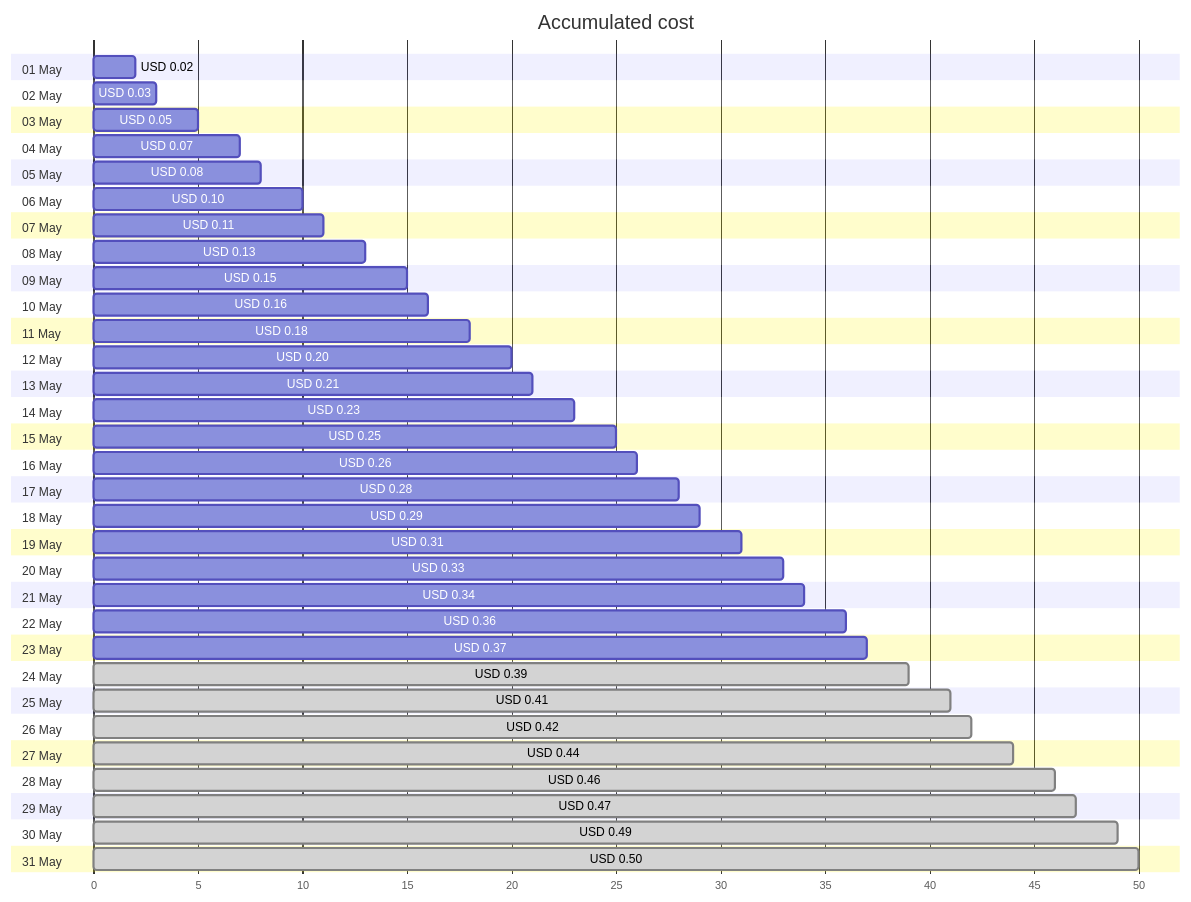
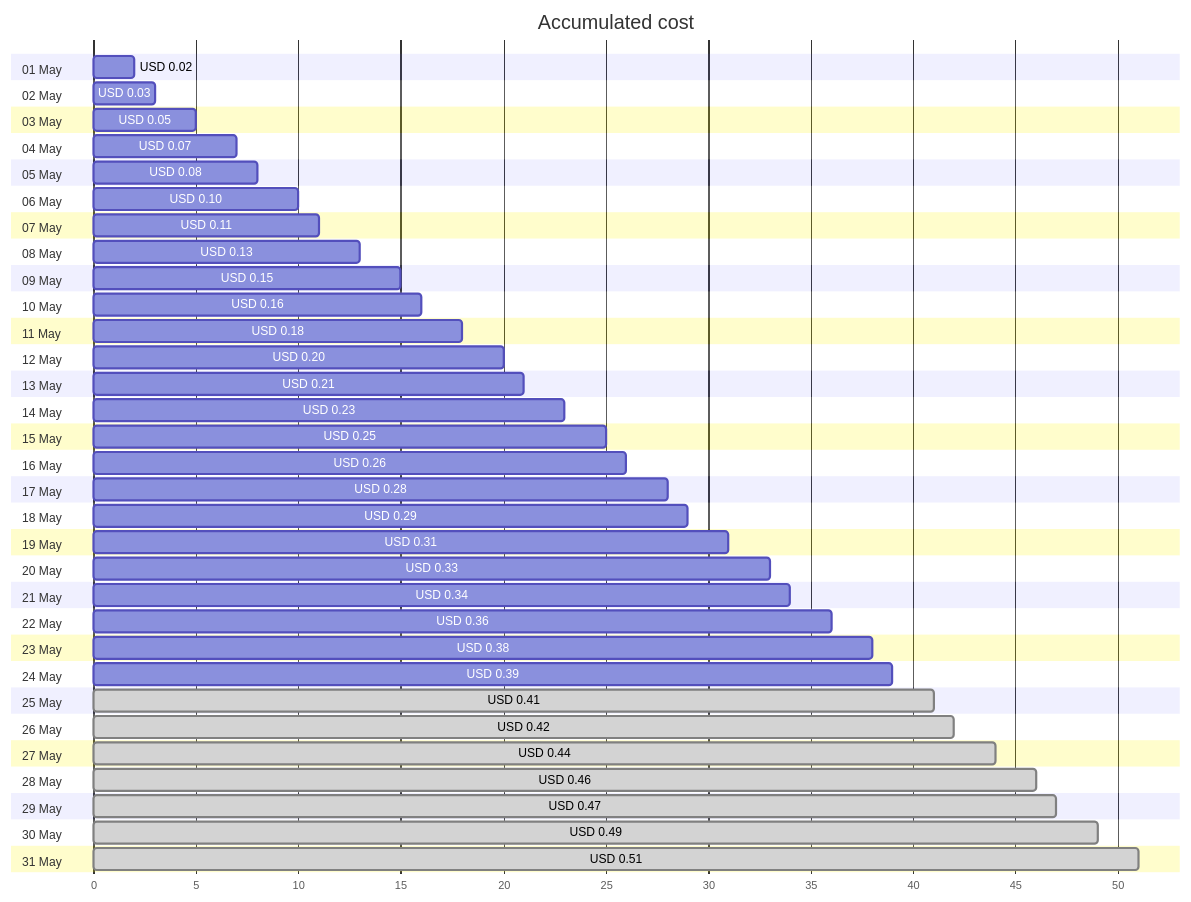
The first of 4 diagrams in cost-reports/personal-dns/jpatrickfulton.com.md (jpfulton/azure-personal-reports), drawn with Mermaid before and after one commit. The commit also changed other lines of this file and 2 other files, not shown here.

````diff
--- a/cost-reports/personal-dns/jpatrickfulton.com.md
+++ b/cost-reports/personal-dns/jpatrickfulton.com.md
@@ -20,68 +20,68 @@
 ```mermaid
 gantt
    title Accumulated cost
    dateFormat  X
    axisFormat %s
    section 01 May
    USD 0.02 :0, 2
    section 02 May
    USD 0.03 :0, 3
    section 03 May
    USD 0.05 :0, 5
    section 04 May
    USD 0.07 :0, 7
    section 05 May
    USD 0.08 :0, 8
    section 06 May
    USD 0.10 :0, 10
    section 07 May
    USD 0.11 :0, 11
    section 08 May
    USD 0.13 :0, 13
    section 09 May
    USD 0.15 :0, 15
    section 10 May
    USD 0.16 :0, 16
    section 11 May
    USD 0.18 :0, 18
    section 12 May
    USD 0.20 :0, 20
    section 13 May
    USD 0.21 :0, 21
    section 14 May
    USD 0.23 :0, 23
    section 15 May
    USD 0.25 :0, 25
    section 16 May
    USD 0.26 :0, 26
    section 17 May
    USD 0.28 :0, 28
    section 18 May
    USD 0.29 :0, 29
    section 19 May
    USD 0.31 :0, 31
    section 20 May
    USD 0.33 :0, 33
    section 21 May
    USD 0.34 :0, 34
    section 22 May
    USD 0.36 :0, 36
    section 23 May
-   USD 0.37 :0, 37
+   USD 0.38 :0, 38
    section 24 May
-   USD 0.39 : done, 0, 39
+   USD 0.39 :0, 39
    section 25 May
    USD 0.41 : done, 0, 41
    section 26 May
    USD 0.42 : done, 0, 42
    section 27 May
    USD 0.44 : done, 0, 44
    section 28 May
    USD 0.46 : done, 0, 46
    section 29 May
    USD 0.47 : done, 0, 47
    section 30 May
    USD 0.49 : done, 0, 49
    section 31 May
-   USD 0.50 : done, 0, 50
+   USD 0.51 : done, 0, 51
 ```
````
